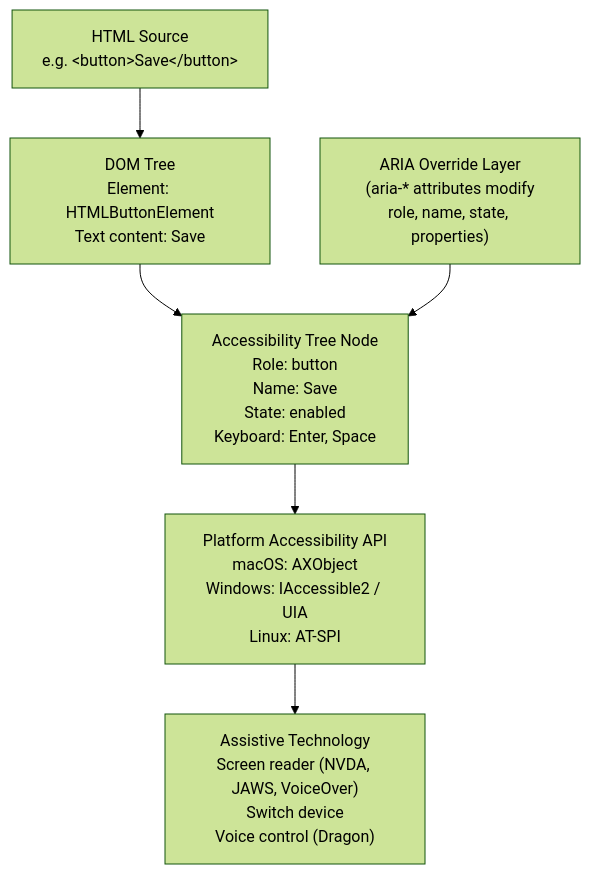
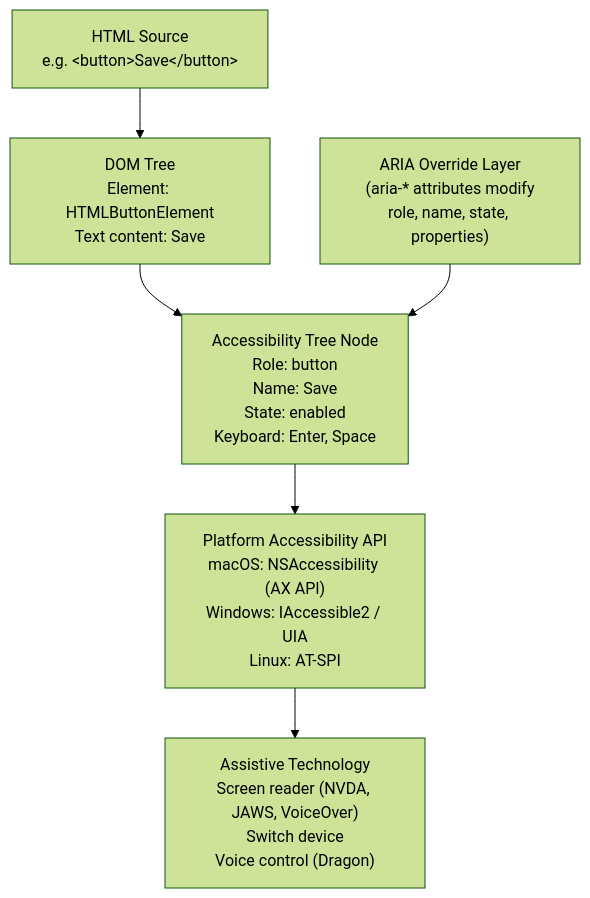
The first of 2 diagrams in docs/en/Accessibility/1001.md (alivedise/frontend-engineering-essentials), drawn with Mermaid (forest theme) before and after one commit. The commit also changed other lines of this file and 1 other file, not shown here.

Commit message:
docs(accessibility): harden FEE-1001 (tone, facts, reader gaps, template)

````diff
--- a/docs/en/Accessibility/1001.md
+++ b/docs/en/Accessibility/1001.md
@@ -236,15 +139,15 @@
 ```mermaid
 flowchart TD
     HTML["HTML Source\ne.g. &lt;button&gt;Save&lt;/button&gt;"]
     DOM["DOM Tree\nElement: HTMLButtonElement\nText content: Save"]
     ARIA["ARIA Override Layer\n(aria-* attributes modify\nrole, name, state, properties)"]
     AXTree["Accessibility Tree Node\nRole: button\nName: Save\nState: enabled\nKeyboard: Enter, Space"]
-    PlatformAPI["Platform Accessibility API\nmacOS: AXObject\nWindows: IAccessible2 / UIA\nLinux: AT-SPI"]
+    PlatformAPI["Platform Accessibility API\nmacOS: NSAccessibility (AX API)\nWindows: IAccessible2 / UIA\nLinux: AT-SPI"]
     AT["Assistive Technology\nScreen reader (NVDA, JAWS, VoiceOver)\nSwitch device\nVoice control (Dragon)"]
 
     HTML --> DOM
     DOM --> AXTree
     ARIA --> AXTree
     AXTree --> PlatformAPI
     PlatformAPI --> AT
 ```
````
